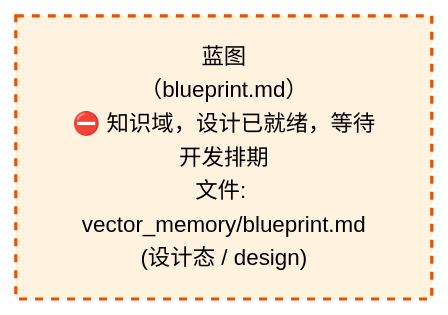
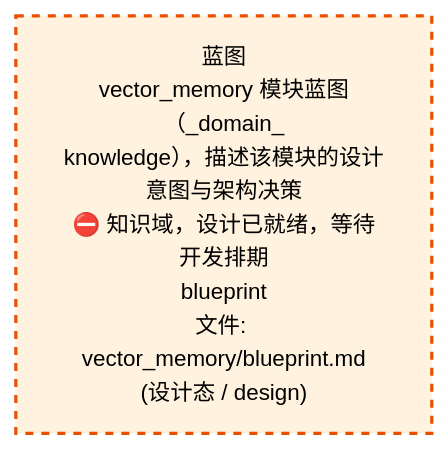
The first of 2 diagrams in docs/02_enterprise_architecture/02_domain_architecture_docs/58_d_knowledge.md (xuanFelixVan/ZephyrAlpha), drawn with Mermaid before and after one commit. The commit also changed other lines of this file and 63 other files, not shown here.

````diff
--- a/docs/02_enterprise_architecture/02_domain_architecture_docs/58_d_knowledge.md
+++ b/docs/02_enterprise_architecture/02_domain_architecture_docs/58_d_knowledge.md
@@ -53,10 +53,10 @@
 ```mermaid
 %%{init: {'theme': 'base', 'themeVariables': {'primaryColor': '#eaeaea', 'primaryTextColor': '#333333', 'primaryBorderColor': '#666666', 'lineColor': '#666666', 'secondaryColor': '#eaeaea', 'tertiaryColor': '#eaeaea', 'fontSize': '14px'}}}%%
 flowchart TD
-    docs_03_modules_domain_knowledge_vector_memory_blueprint_md["蓝图<br/>（blueprint.md）<br/>⛔ 知识域，设计已就绪，等待开发排期<br/>文件: vector_memory/blueprint.md<br/>(设计态 / design)"]
+    docs_03_modules_domain_knowledge_vector_memory_blueprint_md["蓝图<br/>vector_memory 模块蓝图（_domain_<br/>knowledge），描述该模块的设计意图与架构决策<br/>⛔ 知识域，设计已就绪，等待开发排期<br/>blueprint<br/>文件: vector_memory/blueprint.md<br/>(设计态 / design)"]
     classDef production fill:#e1f5fe,stroke:#01579b,stroke-width:2px,color:#000
     classDef design fill:#fff3e0,stroke:#e65100,stroke-width:2px,color:#000,stroke-dasharray: 5 5
     classDef external_prod fill:#e8f4fd,stroke:#0277bd,stroke-width:1px,color:#000
     classDef external_design fill:#fff8e7,stroke:#ef6c00,stroke-width:1px,color:#000,stroke-dasharray: 5 5
     class docs_03_modules_domain_knowledge_vector_memory_blueprint_md design
 ```
````
